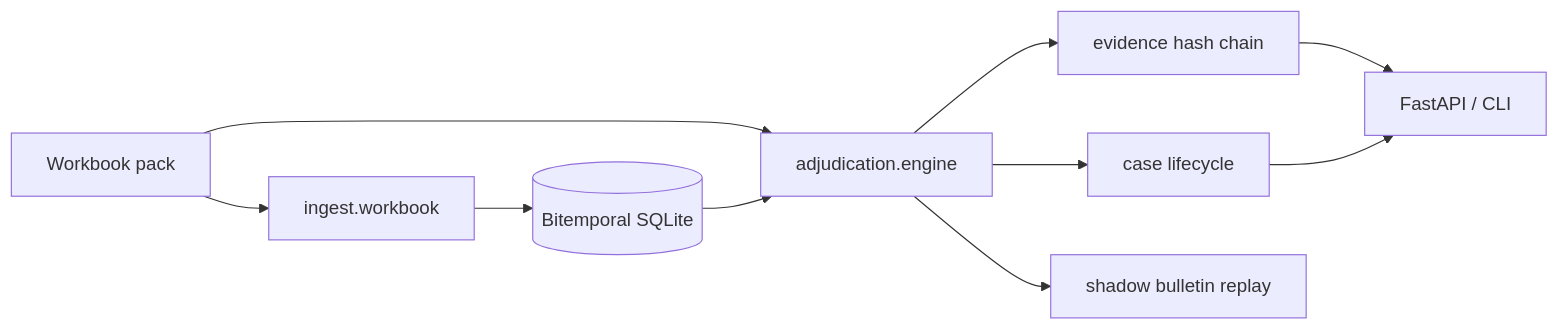
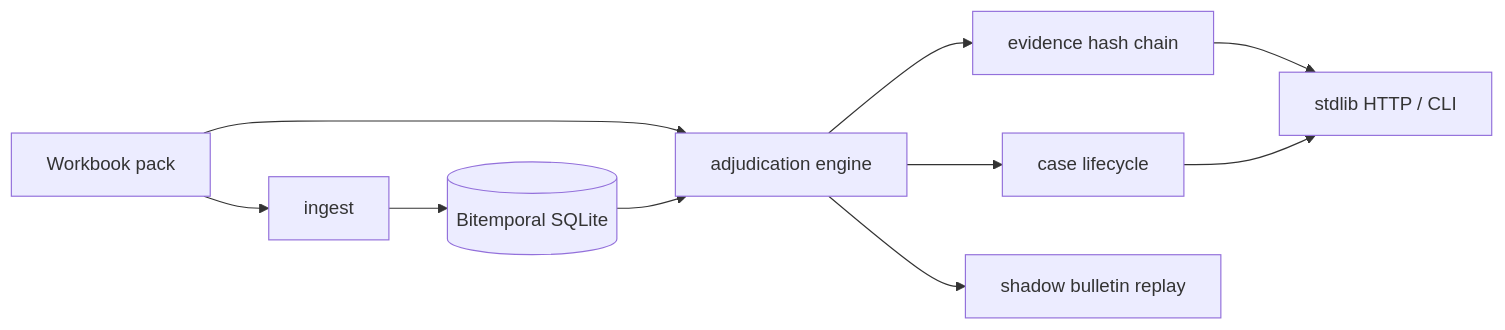
The second of 5 diagrams in README.md (Zulfiqar7862/kestrel-adjudication-case-study), drawn with Mermaid before and after one commit. The commit also changed other lines of this file and 77 other files, not shown here.

````diff
--- a/README.md
+++ b/README.md
@@ -50,12 +271,12 @@
 ```mermaid
 flowchart LR
-  Pack[Workbook pack] --> Ingest[ingest.workbook]
+  Pack[Workbook pack] --> Ingest[ingest]
   Ingest --> BT[(Bitemporal SQLite)]
-  Pack --> Eng[adjudication.engine]
+  Pack --> Eng[adjudication engine]
   BT --> Eng
   Eng --> Ev[evidence hash chain]
   Eng --> Life[case lifecycle]
-  Ev --> API[FastAPI / CLI]
+  Ev --> API[stdlib HTTP / CLI]
   Life --> API
   Eng --> Shadow[shadow bulletin replay]
 ```
````
